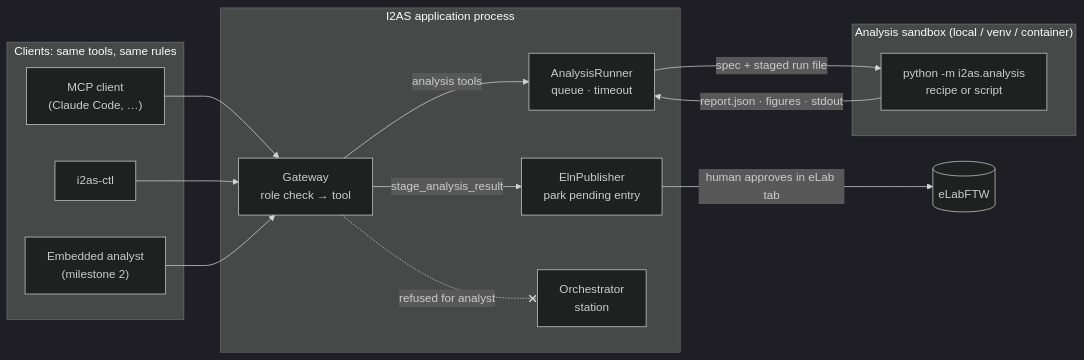
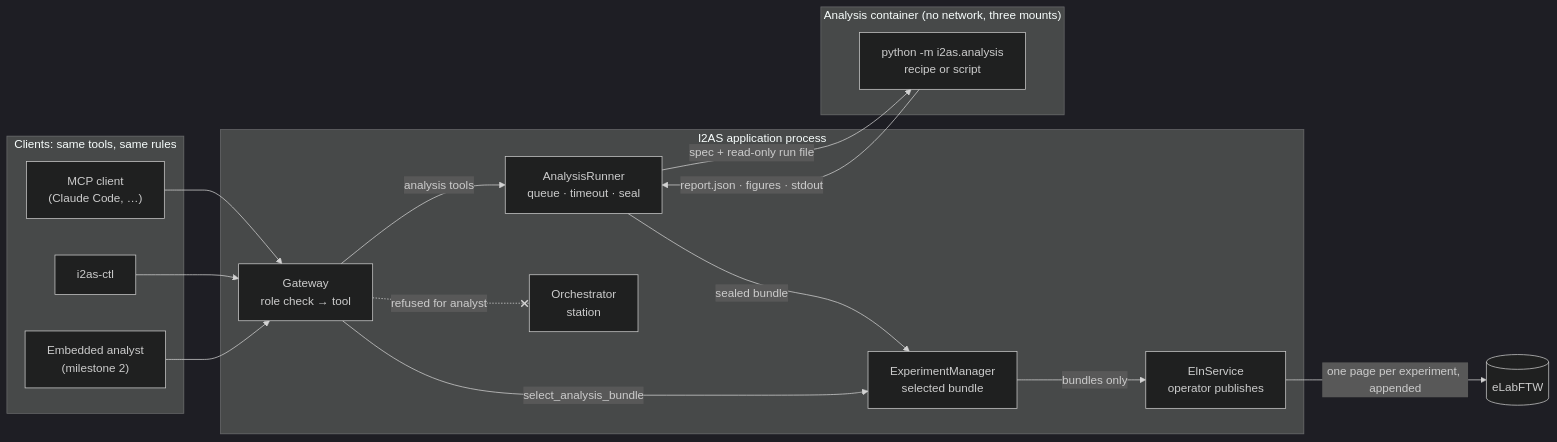
The diagram in docs/analysis-agent.md (sadityakr/I2AS), drawn with Mermaid (dark theme) before and after one commit. The commit also changed other lines of this file and 89 other files, not shown here.

First line of the commit message:
Decouple ELN, analysis and publishing; run user blocks out of process

````diff
--- a/docs/analysis-agent.md
+++ b/docs/analysis-agent.md
@@ -103,26 +110,29 @@
 ```mermaid
 flowchart LR
     subgraph clients["Clients: same tools, same rules"]
         MCP["MCP client<br/>(Claude Code, …)"]
         CLI["i2as-ctl"]
         EMB["Embedded analyst<br/>(milestone 2)"]
     end
     subgraph app["I2AS application process"]
         GW["Gateway<br/>role check → tool"]
-        RUN["AnalysisRunner<br/>queue · timeout"]
-        PUB["ElnPublisher<br/>park pending entry"]
+        RUN["AnalysisRunner<br/>queue · timeout · seal"]
+        MGR["ExperimentManager<br/>selected bundle"]
+        PUB["ElnService<br/>operator publishes"]
         ENG["Orchestrator<br/>station"]
     end
-    subgraph sandbox["Analysis sandbox (local / venv / container)"]
+    subgraph sandbox["Analysis container (no network, three mounts)"]
         W["python -m i2as.analysis<br/>recipe or script"]
     end
     MCP --> GW
     CLI --> GW
     EMB --> GW
     GW -- "analysis tools" --> RUN
     GW -. "refused for analyst" .-x ENG
-    RUN -- "spec + staged run file" --> W
+    RUN -- "spec + read-only run file" --> W
     W -- "report.json · figures · stdout" --> RUN
-    GW -- "stage_analysis_result" --> PUB
-    PUB -- "human approves in eLab tab" --> ELN[(eLabFTW)]
+    RUN -- "sealed bundle" --> MGR
+    GW -- "select_analysis_bundle" --> MGR
+    MGR -- "bundles only" --> PUB
+    PUB -- "one page per experiment, appended" --> ELN[(eLabFTW)]
 ```
````
